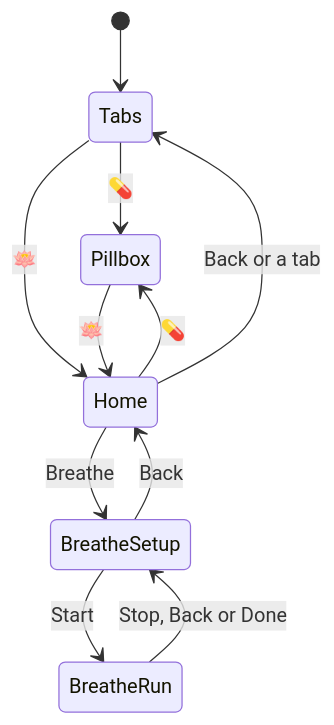
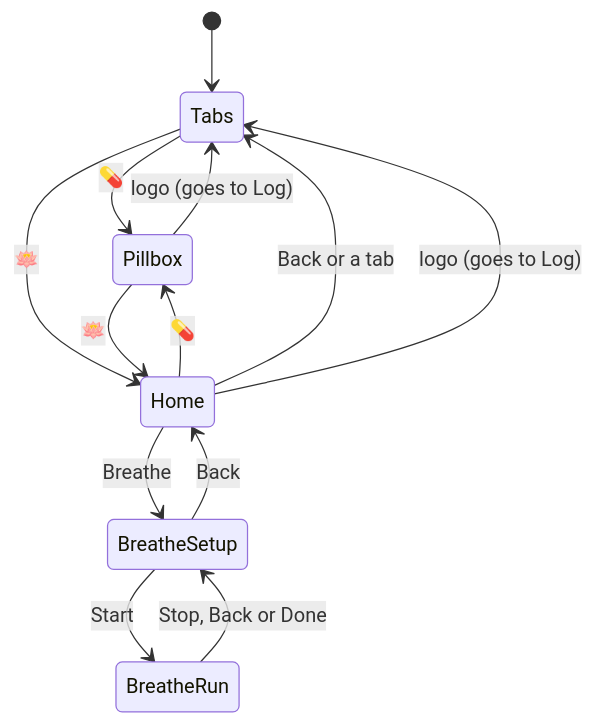
Before and after one commit to mannetje/health_journal: the second of 7 diagrams in docs/dev/mindfulness-feature.md, drawn with Mermaid. The commit also changed other lines of this file and 17 other files, not shown here.

Commit message:
feat: softer lotus, circle and square pictures; logo tap goes to Log; mindfulness screenshots and docs

````diff
--- a/docs/dev/mindfulness-feature.md
+++ b/docs/dev/mindfulness-feature.md
@@ -56,13 +57,15 @@
 ```mermaid
 stateDiagram-v2
     [*] --> Tabs
     Tabs --> Pillbox: 💊
     Tabs --> Home: 🪷
     Pillbox --> Home: 🪷
     Home --> Pillbox: 💊
     Home --> BreatheSetup: Breathe
     BreatheSetup --> BreatheRun: Start
     BreatheRun --> BreatheSetup: Stop, Back or Done
     BreatheSetup --> Home: Back
     Home --> Tabs: Back or a tab
+    Home --> Tabs: logo (goes to Log)
+    Pillbox --> Tabs: logo (goes to Log)
 ```
````
